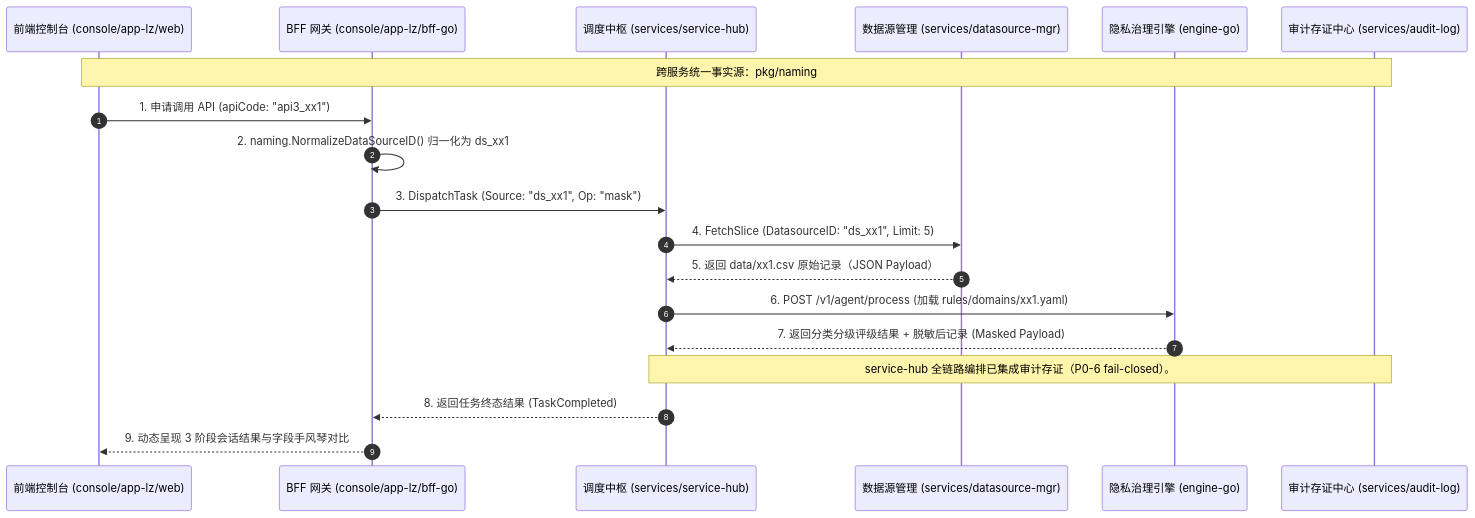
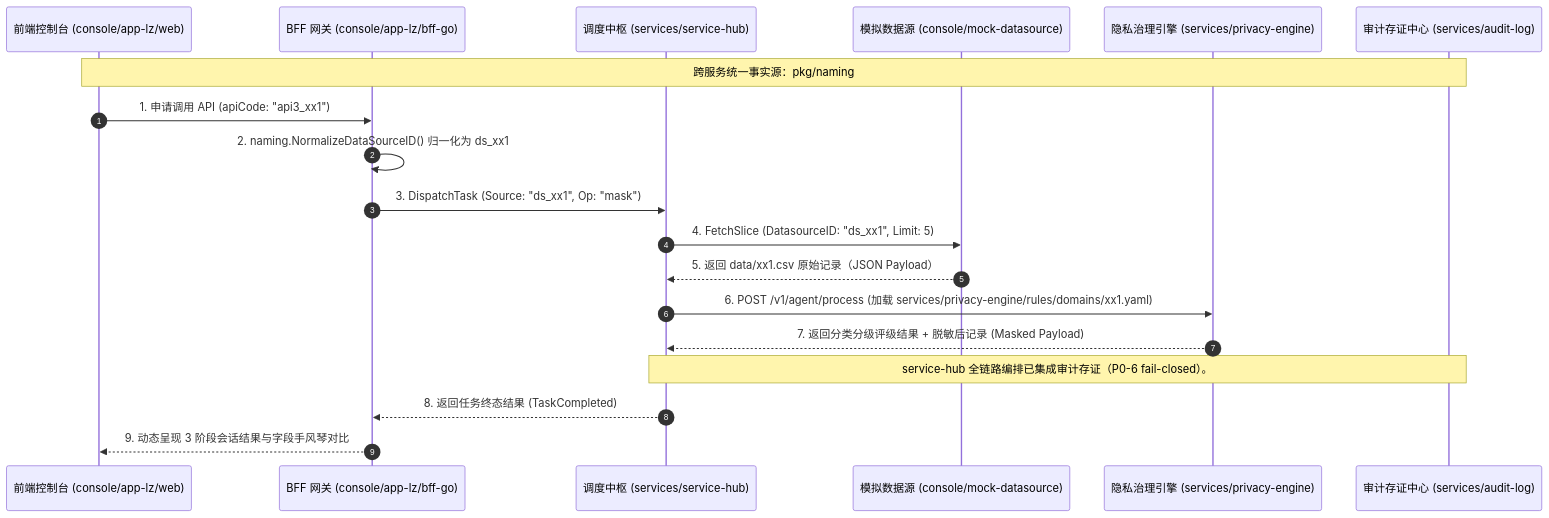
One commit to fengzhizi319/PrivShield-go changed the first of 2 diagrams in docs/architecture/new_api_design.md. Above: the diagram before and after it, drawn with Mermaid. The commit also changed other lines of this file and 10 other files, not shown here.

Commit message:
docs(architecture): align all architecture documents with v3.0 specification

````diff
--- a/docs/architecture/new_api_design.md
+++ b/docs/architecture/new_api_design.md
@@ -76,22 +76,22 @@
 ```mermaid
 sequenceDiagram
     autonumber
     participant UI as 前端控制台 (console/app-lz/web)
     participant BFF as BFF 网关 (console/app-lz/bff-go)
     participant Hub as 调度中枢 (services/service-hub)
-    participant DSMgr as 数据源管理 (services/datasource-mgr)
-    participant Engine as 隐私治理引擎 (engine-go)
+    participant DSMgr as 模拟数据源 (console/mock-datasource)
+    participant Engine as 隐私治理引擎 (services/privacy-engine)
     participant Audit as 审计存证中心 (services/audit-log)
 
     Note over UI,Audit: 跨服务统一事实源：pkg/naming
     UI->>BFF: 1. 申请调用 API (apiCode: "api3_xx1")
     BFF->>BFF: 2. naming.NormalizeDataSourceID() 归一化为 ds_xx1
     BFF->>Hub: 3. DispatchTask (Source: "ds_xx1", Op: "mask")
     Hub->>DSMgr: 4. FetchSlice (DatasourceID: "ds_xx1", Limit: 5)
     DSMgr-->>Hub: 5. 返回 data/xx1.csv 原始记录（JSON Payload）
-    Hub->>Engine: 6. POST /v1/agent/process (加载 rules/domains/xx1.yaml)
+    Hub->>Engine: 6. POST /v1/agent/process (加载 services/privacy-engine/rules/domains/xx1.yaml)
     Engine-->>Hub: 7. 返回分类分级评级结果 + 脱敏后记录 (Masked Payload)
     Note over Hub,Audit: service-hub 全链路编排已集成审计存证（P0-6 fail-closed）。
     Hub-->>BFF: 8. 返回任务终态结果 (TaskCompleted)
     BFF-->>UI: 9. 动态呈现 3 阶段会话结果与字段手风琴对比
 ```
````
